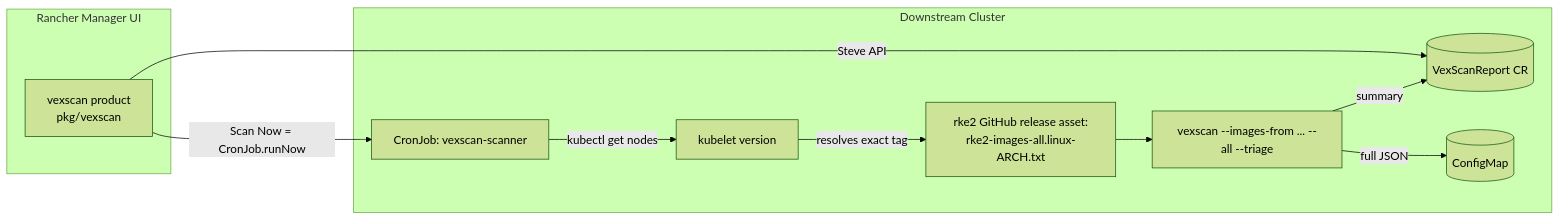
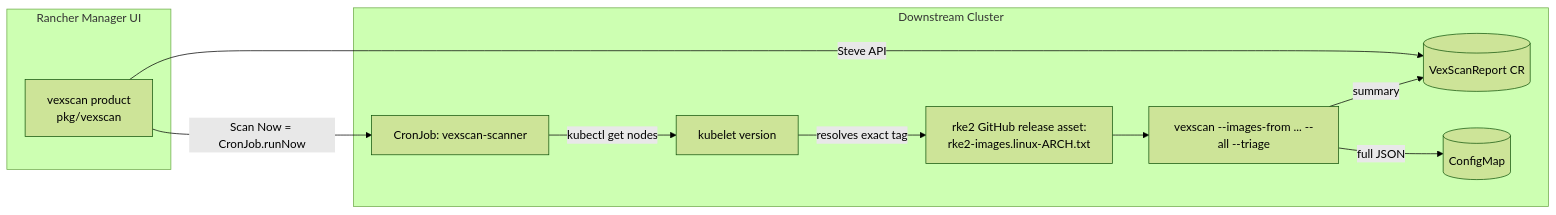
One commit to cwayne18/rancher-vexscan-extension changed the diagram in README.md. Above: the diagram before and after it, drawn with Mermaid (forest theme). The commit also changed other lines of this file and 2 other files, not shown here.

Commit message:
fix(scanner): use default rke2-images manifest, not rke2-images-all
rke2-images-all.linux-<arch>.txt is the union of every optional CNI/cloud-
provider add-on across every possible RKE2 config (every CNI choice, every
cloud CSI/CCM driver, etc.), not the image set this cluster actually runs.
Confirmed in the wild: it pulled in rancher/mirrored-cloud-provider-vsphere-
csi-release-driver on a plain Canal cluster with no vSphere involved at all,
which then failed vexscan's OS-ecosystem detection (Photon OS isn't an OSV-
known distro) - a false-positive scan failure caused by scanning an image
that was never actually deployed.

rke2-images.linux-<arch>.txt is the default-install image set and is what
the entrypoint's own comment already claimed to be downloading.

````diff
--- a/README.md
+++ b/README.md
@@ -38,14 +38,14 @@
 ```mermaid
 flowchart LR
     subgraph Downstream Cluster
         CJ[CronJob: vexscan-scanner] -->|kubectl get nodes| KV[kubelet version]
-        KV -->|resolves exact tag| GH[rke2 GitHub release asset:\nrke2-images-all.linux-ARCH.txt]
+        KV -->|resolves exact tag| GH[rke2 GitHub release asset:\nrke2-images.linux-ARCH.txt]
         GH --> SCAN[vexscan --images-from ... --all --triage]
         SCAN -->|summary| CR[(VexScanReport CR)]
         SCAN -->|full JSON| CM[(ConfigMap)]
     end
     subgraph Rancher Manager UI
         PROD[vexscan product\npkg/vexscan] -->|Steve API| CR
         PROD -->|Scan Now = CronJob.runNow| CJ
     end
 ```
````
